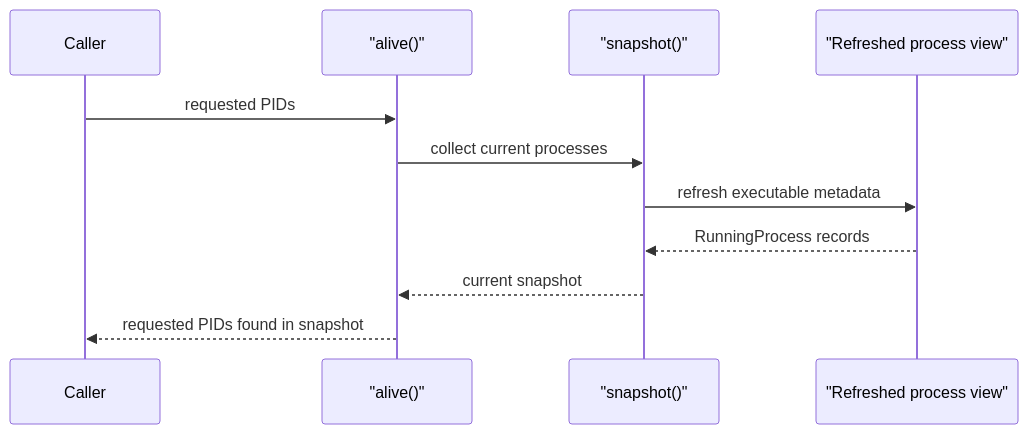
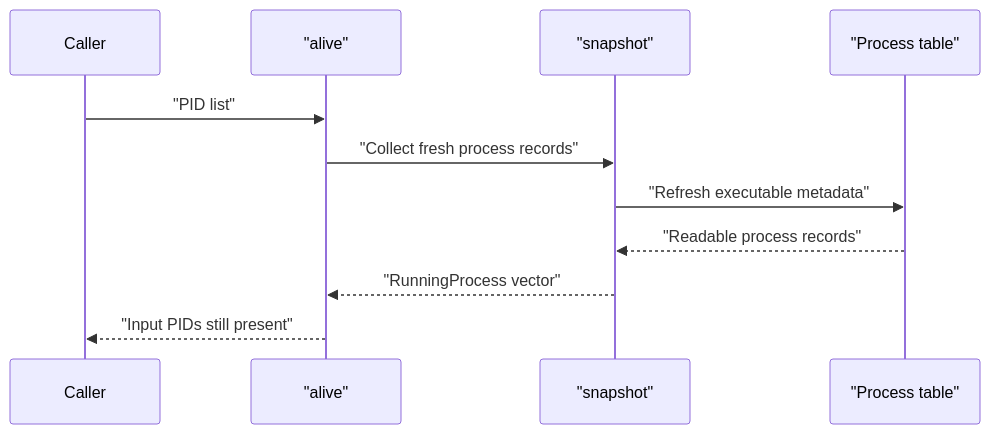
One commit to flamingo-stack/openframe-oss-tenant changed the third of 4 diagrams in docs/reference/architecture/openframe-client-core/platform-process-snapshot/platform-process-snapshot.md. Above: the diagram before and after it, drawn with Mermaid. The commit also changed other lines of this file and 2377 other files, not shown here.

````diff
--- a/docs/reference/architecture/openframe-client-core/platform-process-snapshot/platform-process-snapshot.md
+++ b/docs/reference/architecture/openframe-client-core/platform-process-snapshot/platform-process-snapshot.md
@@ -109,13 +69,13 @@
 ```mermaid
 sequenceDiagram
     participant Caller
-    participant Alive as "alive()"
-    participant Snapshot as "snapshot()"
-    participant ProcessView as "Refreshed process view"
-    Caller->>Alive: requested PIDs
-    Alive->>Snapshot: collect current processes
-    Snapshot->>ProcessView: refresh executable metadata
-    ProcessView-->>Snapshot: RunningProcess records
-    Snapshot-->>Alive: current snapshot
-    Alive-->>Caller: requested PIDs found in snapshot
+    participant Alive as "alive"
+    participant Snapshot as "snapshot"
+    participant OS as "Process table"
+    Caller->>Alive: "PID list"
+    Alive->>Snapshot: "Collect fresh process records"
+    Snapshot->>OS: "Refresh executable metadata"
+    OS-->>Snapshot: "Readable process records"
+    Snapshot-->>Alive: "RunningProcess vector"
+    Alive-->>Caller: "Input PIDs still present"
 ```
````
